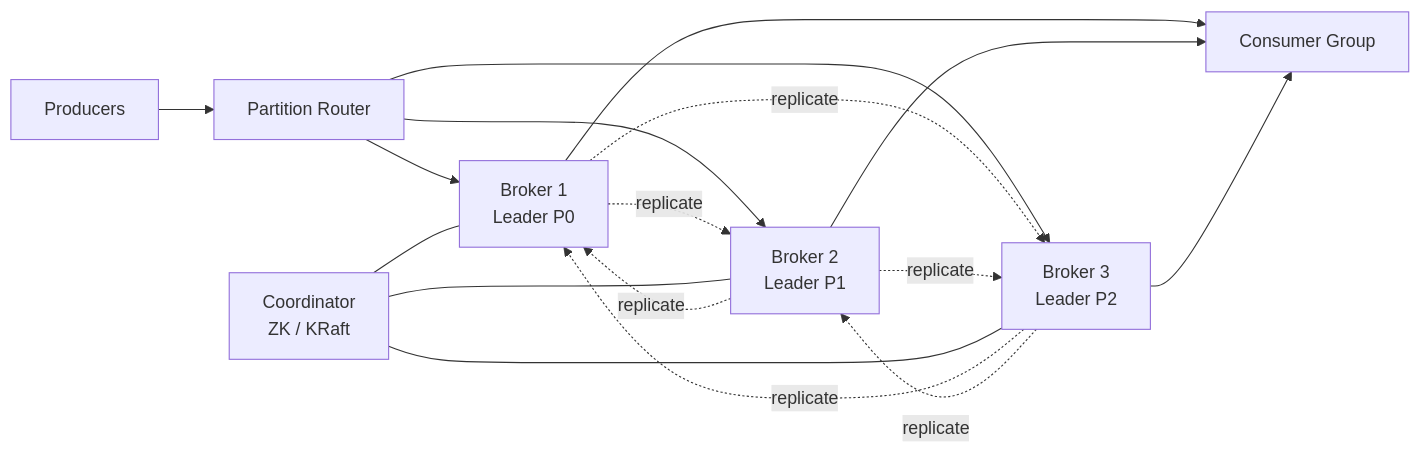
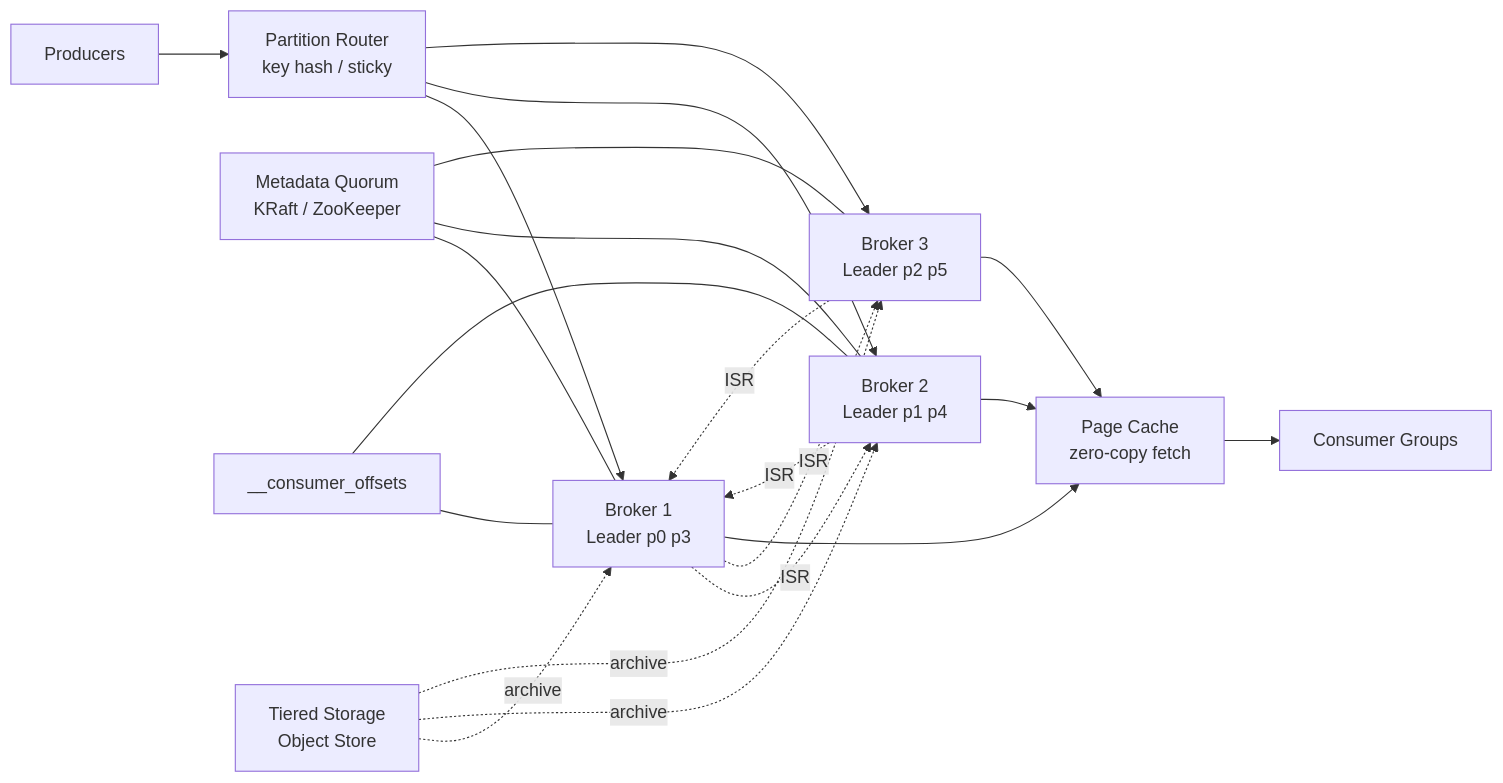
The first of 3 diagrams in content/seed-questions/kafka.md (sunny70487/system-design), drawn with Mermaid before and after one commit. The commit also changed other lines of this file and 65 other files, not shown here.

````diff
--- a/content/seed-questions/kafka.md
+++ b/content/seed-questions/kafka.md
@@ -39,19 +72,23 @@
 ```mermaid
 flowchart LR
-  P[Producers] --> LB[Partition Router]
-  LB --> B1[Broker 1<br/>Leader P0]
-  LB --> B2[Broker 2<br/>Leader P1]
-  LB --> B3[Broker 3<br/>Leader P2]
-  B1 -.replicate.-> B2
-  B1 -.replicate.-> B3
-  B2 -.replicate.-> B1
-  B2 -.replicate.-> B3
-  B3 -.replicate.-> B1
-  B3 -.replicate.-> B2
-  ZK[Coordinator<br/>ZK / KRaft] --- B1
-  ZK --- B2
-  ZK --- B3
-  B1 --> C[Consumer Group]
-  B2 --> C
-  B3 --> C
+  pr[Producers] --> rt[Partition Router<br/>key hash / sticky]
+  rt --> b1[Broker 1<br/>Leader p0 p3]
+  rt --> b2[Broker 2<br/>Leader p1 p4]
+  rt --> b3[Broker 3<br/>Leader p2 p5]
+  mq[Metadata Quorum<br/>KRaft / ZooKeeper] --- b1
+  mq --- b2
+  mq --- b3
+  b1 -.ISR.-> b2
+  b1 -.ISR.-> b3
+  b2 -.ISR.-> b1
+  b3 -.ISR.-> b1
+  b1 --> pc[Page Cache<br/>zero-copy fetch]
+  b2 --> pc
+  b3 --> pc
+  pc --> cg[Consumer Groups]
+  of[__consumer_offsets] --- b1
+  of --- b2
+  ts[Tiered Storage<br/>Object Store] -.archive.-> b1
+  ts -.archive.-> b2
+  ts -.archive.-> b3
 ```
````
